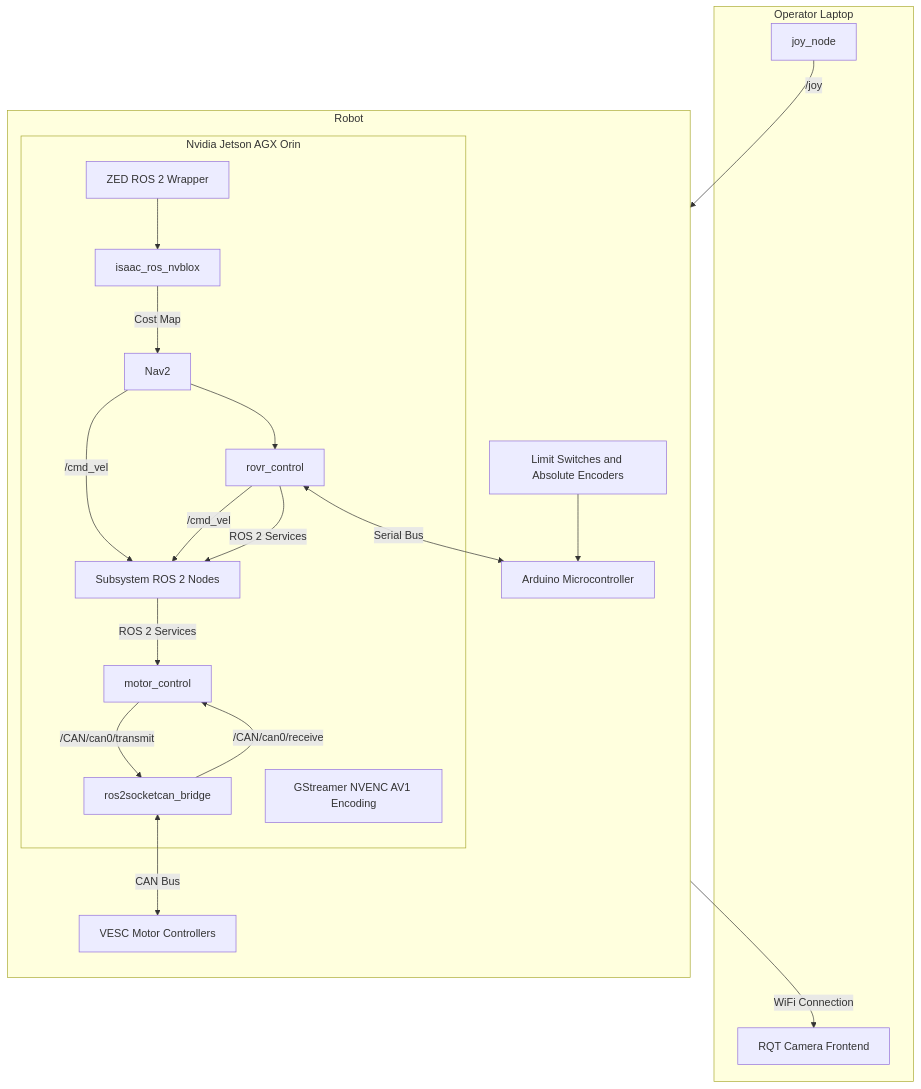
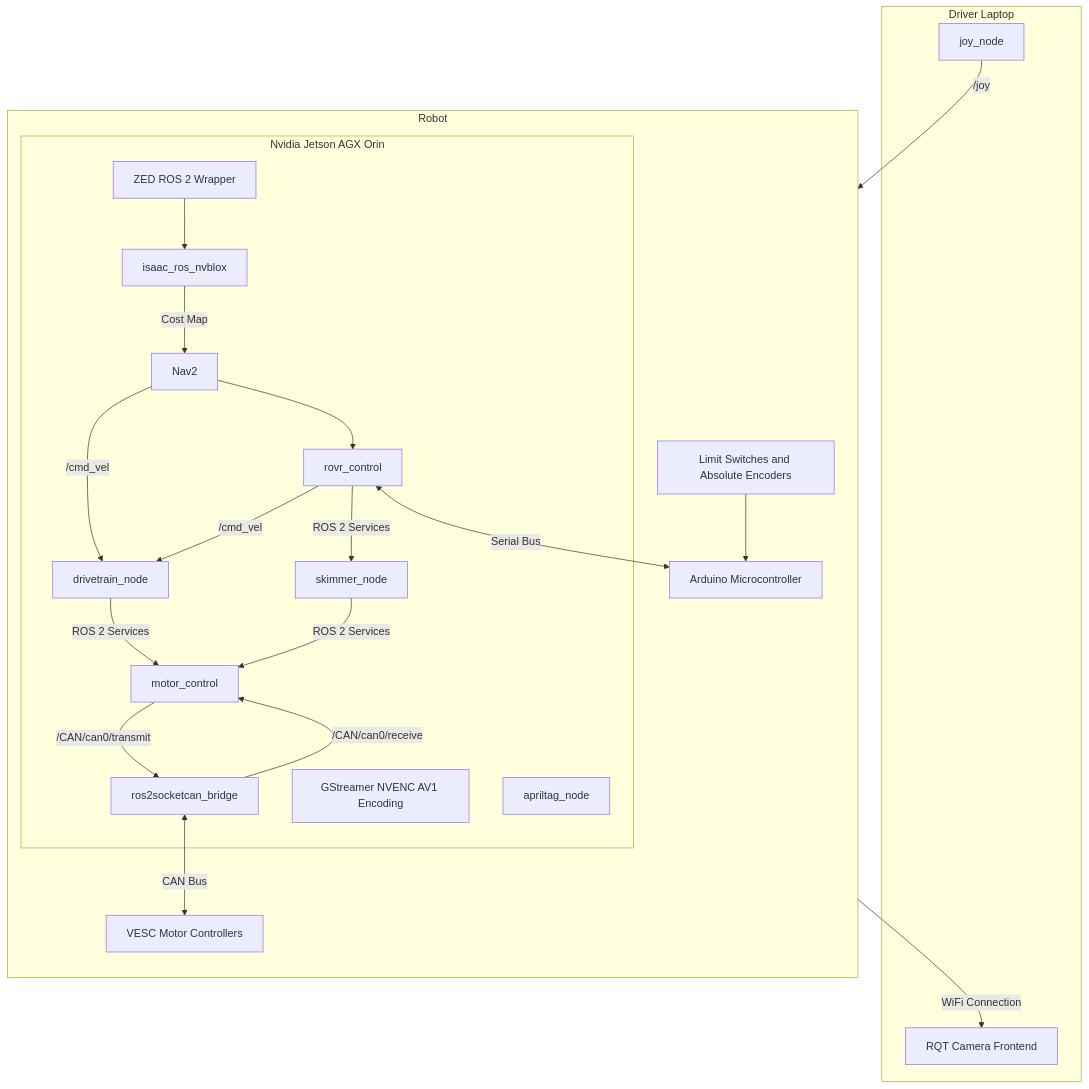
The second of 3 diagrams in README.md (GOFIRST-Robotics/Lunabotics), drawn with Mermaid before and after one commit. The commit also changed other lines of this file, not shown here.

````diff
--- a/README.md
+++ b/README.md
@@ -48,40 +37,49 @@
 ```mermaid
 graph TB
-    subgraph laptop[Operator Laptop]
+    subgraph laptop[Driver Laptop]
         B[RQT Camera Frontend]
         joy_node
     end
     subgraph Robot
         direction TB
-        subgraph F[Nvidia Jetson AGX Orin]
-            G[motor_control]
+        subgraph jetson[Nvidia Jetson AGX Orin]
+            motor_control
             H[GStreamer NVENC AV1 Encoding]
-            I[isaac_ros_nvblox]
-            L[ros2socketcan_bridge]
+            isaac_ros_nvblox
+            ros2socketcan_bridge
             Nav2
-            N[Subsystem ROS 2 Nodes]
+            skimmer_node
+            drivetrain_node
+            apriltag_node
             rovr_control
             P[ZED ROS 2 Wrapper]
 
-            G -- /CAN/can0/transmit --> L
-            L -- /CAN/can0/receive --> G
+            motor_control -- /CAN/can0/transmit --> ros2socketcan_bridge
+            ros2socketcan_bridge -- /CAN/can0/receive --> motor_control
+            Nav2 --> rovr_control
+            P --> isaac_ros_nvblox
 
         end
-        D[Arduino Microcontroller]
+        arduino[Arduino Microcontroller]
         K[Limit Switches and Absolute Encoders]
-        E[VESC Motor Controllers]
+        vesc[VESC Motor Controllers]
+
+        K --> arduino
+        rovr_control <-- Serial Bus --> arduino
+        ros2socketcan_bridge <-- CAN Bus --> vesc
+        isaac_ros_nvblox -- Cost Map --> Nav2
+        Nav2 -- /cmd_vel --> drivetrain_node
+    
+        rovr_control -- /cmd_vel --> drivetrain_node
+        rovr_control -- ROS 2 Services --> skimmer_node
+        drivetrain_node & skimmer_node -- ROS 2 Services --> motor_control
+
+
+
     end
-    K --> D
-    rovr_control <-- Serial Bus --> D
+
     H -- WiFi Connection --> B
-    L <-- CAN Bus --> E
-    P --> I
-    I -- Cost Map --> Nav2
-    Nav2 --> rovr_control
     joy_node -- /joy --> rovr_control
-    Nav2 -- /cmd_vel --> N
+
     
-    rovr_control -- /cmd_vel --> N
-    rovr_control -- ROS 2 Services --> N
-    N -- ROS 2 Services --> G
 ```
````
